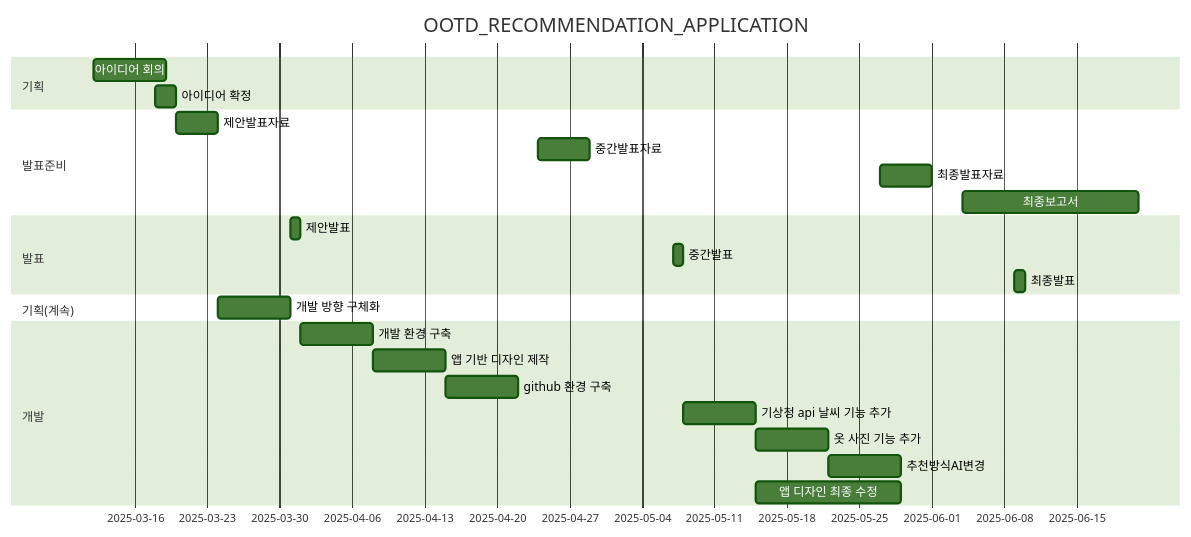
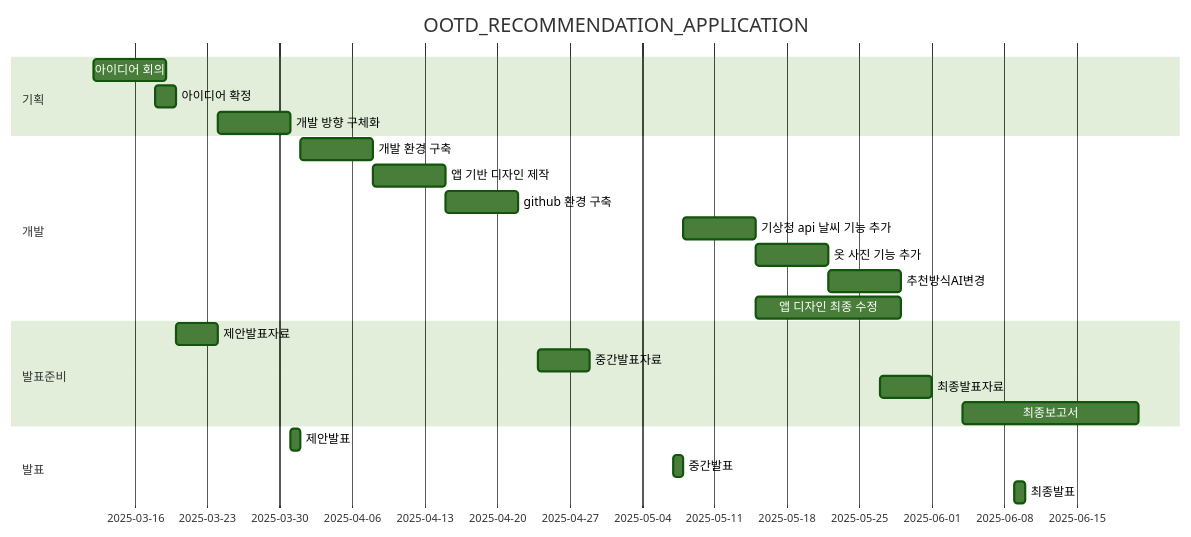
Before and after one commit to Introduction-to-Engineering-Design-13/LOR: the diagram in project-plan.md, drawn with Mermaid (forest theme).

````diff
--- a/project-plan.md
+++ b/project-plan.md
@@ -1,32 +1,32 @@
 ```mermaid
 gantt
     title OOTD_RECOMMENDATION_APPLICATION
     dateFormat  YYYY-MM-DD
 
     section 기획
     아이디어 회의          :a1, 2025-03-12, 7d
     아이디어 확정          :a2, 2025-03-18, 2d
+    개발 방향 구체화       :a3, after d1, 7d
+
+    section 개발
+    개발 환경 구축         :c1, after e1, 7d
+    앱 기반 디자인 제작     :c2, after c1, 7d
+    github 환경 구축        :c6, after c2, 7d
+    기상청 api 날씨 기능 추가 :c3, after e2, 7d
+    옷 사진 기능 추가       :c5, after c3, 7d
+    추천방식AI변경          :c4, after c5, 7d
+    앱 디자인 최종 수정     :c7, after c3, 14d
 
     section 발표준비
     제안발표자료           :d1, after a2, 4d
     중간발표자료           :d2, 2025-04-24, 5d
     최종발표자료           :d3, 2025-05-27, 5d
     최종보고서             :d4, 2025-06-04, 17d
 
     section 발표
     제안발표               :e1, 2025-03-31, 1d
     중간발표               :e2, 2025-05-07, 1d
     최종발표               :e3, 2025-06-09, 1d
 
-    section 기획(계속)
-    개발 방향 구체화       :a3, after d1, 7d
 
-    section 개발
-    개발 환경 구축         :c1, after e1, 7d
-    앱 기반 디자인 제작     :c2, after c1, 7d
-    github 환경 구축        :c6, after c2, 7d
-    기상청 api 날씨 기능 추가 :c3, after e2, 7d
-    옷 사진 기능 추가       :c5, after c3, 7d
-    추천방식AI변경          :c4, after c5, 7d
-    앱 디자인 최종 수정     :c7, after c3, 14d
 ```
````
